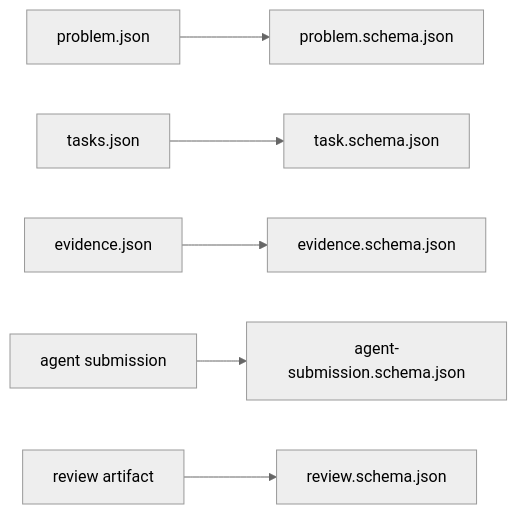
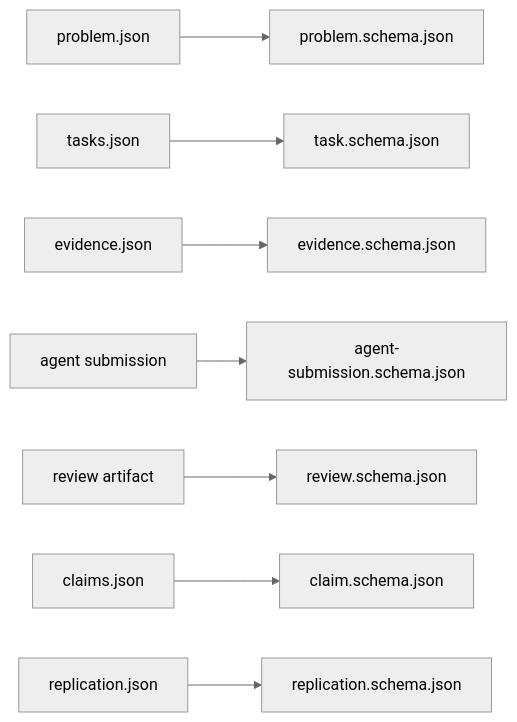
Before and after one commit to Open-Problem-Lab/open-problem-lab: the second of 3 diagrams in schemas/AGENTS.md, drawn with Mermaid (neutral theme). The commit also changed other lines of this file and 18 other files, not shown here.

First line of the commit message:
feat: add claim and replication schemas — the core thesis objects

````diff
--- a/schemas/AGENTS.md
+++ b/schemas/AGENTS.md
@@ -36,8 +42,10 @@
 ```mermaid
 flowchart LR
   Problem["problem.json"] --> ProblemSchema["problem.schema.json"]
   Tasks["tasks.json"] --> TaskSchema["task.schema.json"]
   Evidence["evidence.json"] --> EvidenceSchema["evidence.schema.json"]
   Submission["agent submission"] --> SubmissionSchema["agent-submission.schema.json"]
   Review["review artifact"] --> ReviewSchema["review.schema.json"]
+  Claim["claims.json"] --> ClaimSchema["claim.schema.json"]
+  Replication["replication.json"] --> ReplicationSchema["replication.schema.json"]
 ```
````
